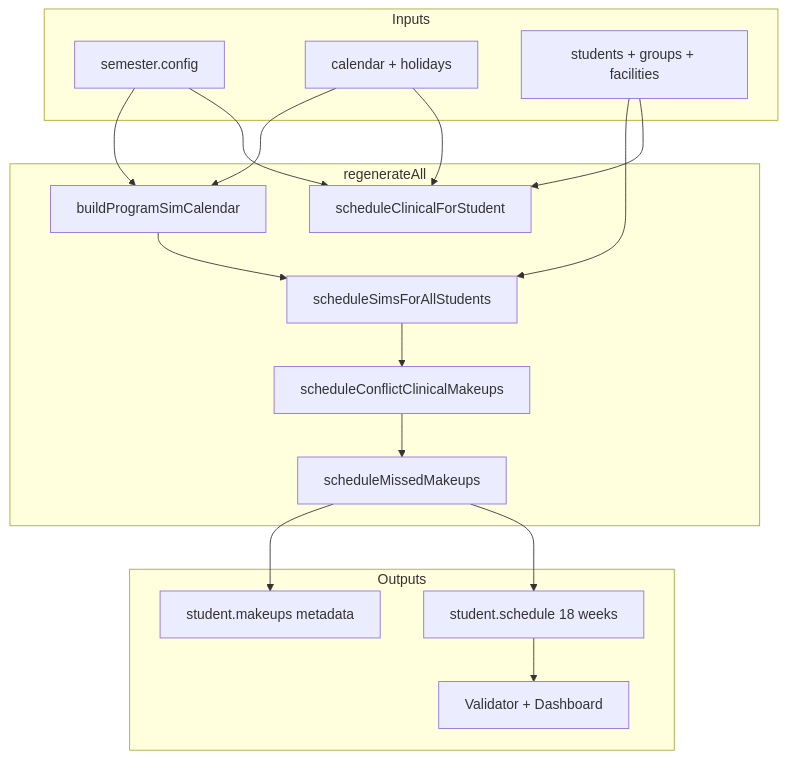
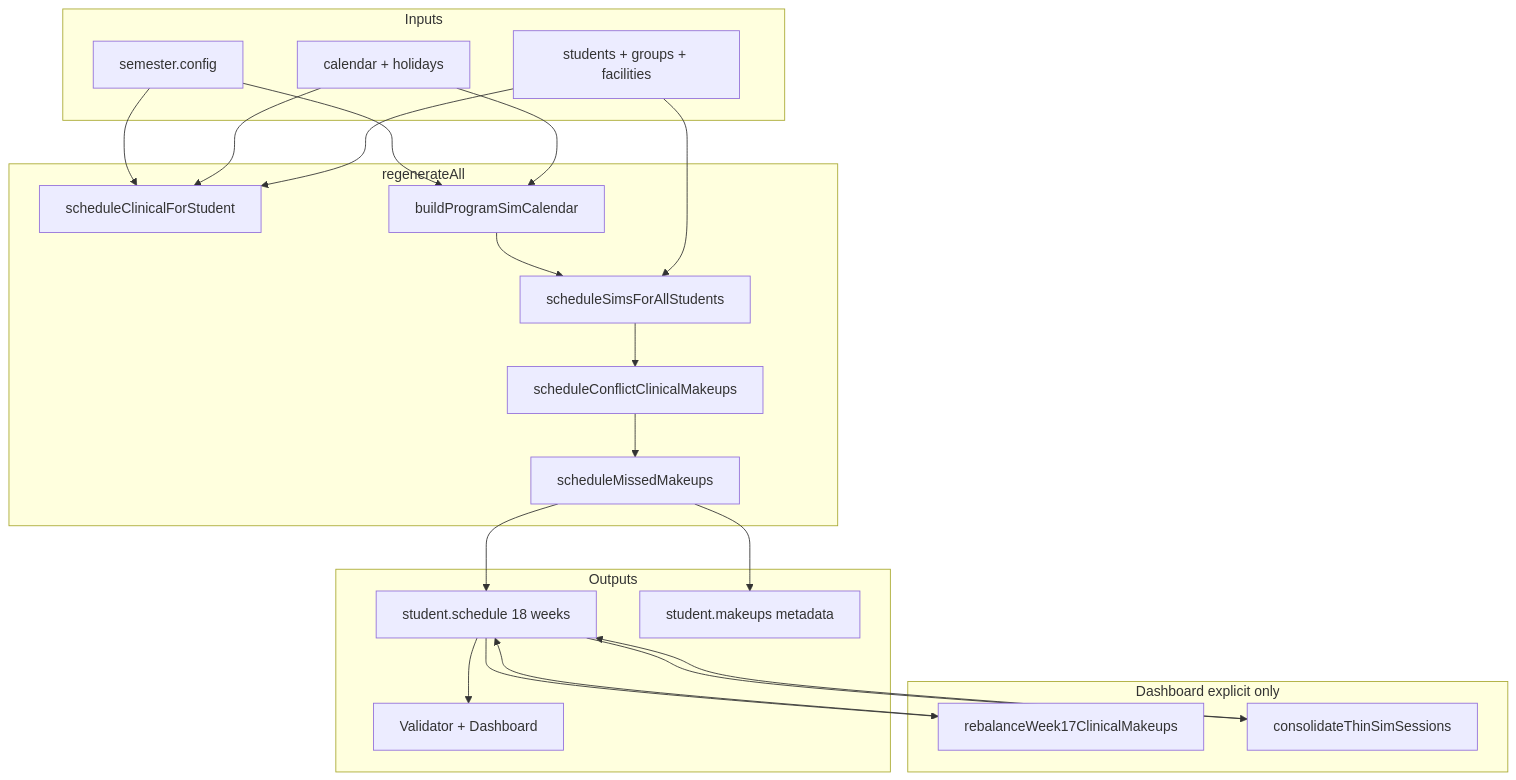
The diagram in PROJECT_IMPLEMENTATION_GUIDE.md (Prof-Parker/Clinical-and-Simulation-Management), drawn with Mermaid before and after one commit. The commit also changed other lines of this file and 26 other files, not shown here.

First line of the commit message:
feat(scheduler): add Week 17 makeup clustering and thin-sim multi-pass consolidate

````diff
--- a/PROJECT_IMPLEMENTATION_GUIDE.md
+++ b/PROJECT_IMPLEMENTATION_GUIDE.md
@@ -329,35 +394,44 @@
 ```mermaid
 flowchart TD
   subgraph inputs [Inputs]
     Config[semester.config]
     Calendar[calendar + holidays]
     Roster[students + groups + facilities]
   end
 
   subgraph gen [regenerateAll]
     Clin[scheduleClinicalForStudent]
     ProgCal[buildProgramSimCalendar]
     Sims[scheduleSimsForAllStudents]
     ConflictMU[scheduleConflictClinicalMakeups]
     OtherMU[scheduleMissedMakeups]
+  end
+
+  subgraph explicit [Dashboard explicit only]
+    W17[rebalanceWeek17ClinicalMakeups]
+    Thin[consolidateThinSimSessions]
   end
 
   subgraph outputs [Outputs]
     Schedule[student.schedule 18 weeks]
     Makeups[student.makeups metadata]
     Validate[Validator + Dashboard]
   end
 
   Config --> Clin
   Calendar --> Clin
   Roster --> Clin
   Config --> ProgCal
   Calendar --> ProgCal
   ProgCal --> Sims
   Roster --> Sims
   Sims --> ConflictMU
   ConflictMU --> OtherMU
   OtherMU --> Schedule
   OtherMU --> Makeups
   Schedule --> Validate
+  Schedule --> W17
+  W17 --> Schedule
+  Schedule --> Thin
+  Thin --> Schedule
 ```
````
